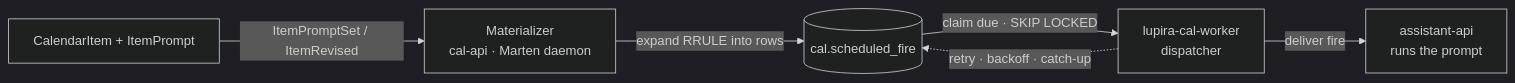
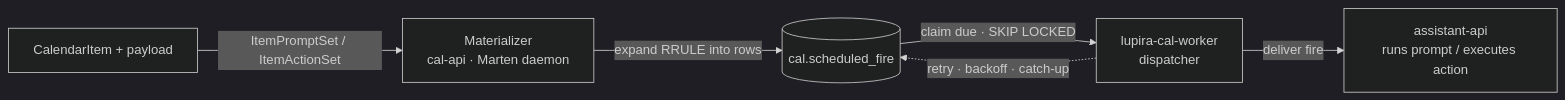
The second of 2 diagrams in docs/temporal-backbone.md (danbro96/LupiraCalApi), drawn with Mermaid (dark theme) before and after one commit. The commit also changed other lines of this file, not shown here.

Commit message:
Refine temporal-backbone: typed ItemPrompt/ItemAction payload, completeness scoring, system calendars + firing engine

````diff
--- a/docs/temporal-backbone.md
+++ b/docs/temporal-backbone.md
@@ -138,8 +172,8 @@
 ```mermaid
 flowchart LR
-  ITEM["CalendarItem + ItemPrompt"] -->|"ItemPromptSet / ItemRevised"| MAT["Materializer<br/>cal-api · Marten daemon"]
+  ITEM["CalendarItem + payload"] -->|"ItemPromptSet / ItemActionSet"| MAT["Materializer<br/>cal-api · Marten daemon"]
   MAT -->|"expand RRULE into rows"| Q[("cal.scheduled_fire")]
   Q -->|"claim due · SKIP LOCKED"| W["lupira-cal-worker<br/>dispatcher"]
-  W -->|"deliver fire"| AA["assistant-api<br/>runs the prompt"]
+  W -->|"deliver fire"| AA["assistant-api<br/>runs prompt / executes action"]
   W -. "retry · backoff · catch-up" .-> Q
 ```
````
